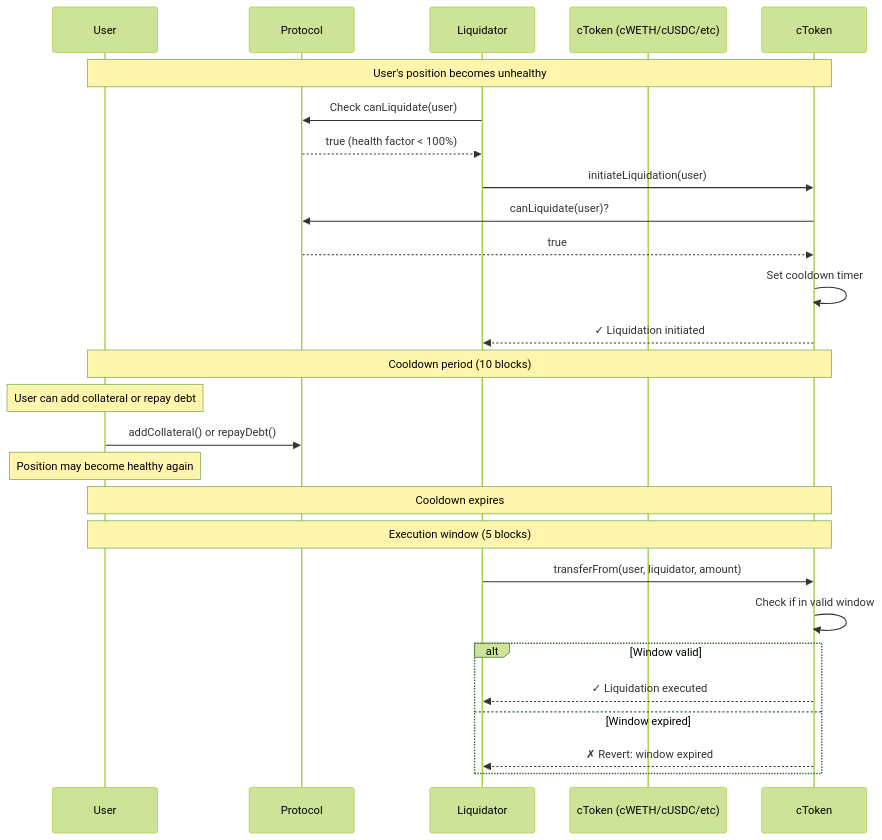
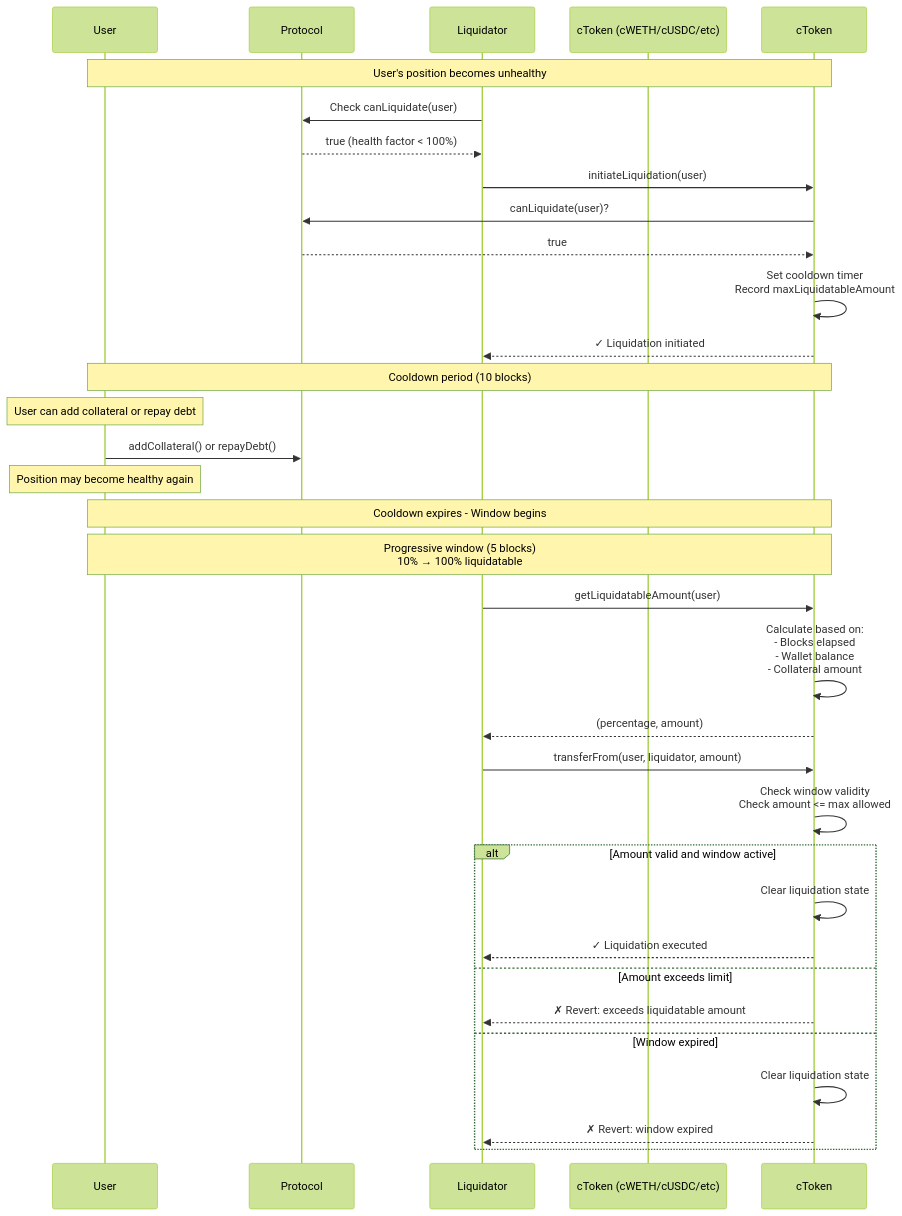
One commit to jordan-public/circuit-breaker-token changed the first of 3 diagrams in README.md. Above: the diagram before and after it, drawn with Mermaid (forest theme). The commit also changed other lines of this file and 2 other files, not shown here.

````diff
--- a/README.md
+++ b/README.md
@@ -131,35 +272,43 @@
 ```mermaid
 sequenceDiagram
     participant User
     participant Protocol
     participant Liquidator
     participant CircuitBreakerToken as cToken (cWETH/cUSDC/etc)
 
     Note over User,cToken: User's position becomes unhealthy
     
     Liquidator->>Protocol: Check canLiquidate(user)
     Protocol-->>Liquidator: true (health factor < 100%)
     
     Liquidator->>cToken: initiateLiquidation(user)
     cToken->>Protocol: canLiquidate(user)?
     Protocol-->>cToken: true
-    cToken->>cToken: Set cooldown timer
+    cToken->>cToken: Set cooldown timer<br/>Record maxLiquidatableAmount
     cToken-->>Liquidator: ✓ Liquidation initiated
     
     Note over User,cToken: Cooldown period (10 blocks)
     Note over User: User can add collateral or repay debt
     
     User->>Protocol: addCollateral() or repayDebt()
     Note over User: Position may become healthy again
     
-    Note over User,cToken: Cooldown expires
-    Note over User,cToken: Execution window (5 blocks)
+    Note over User,cToken: Cooldown expires - Window begins
+    Note over User,cToken: Progressive window (5 blocks)<br/>10% → 100% liquidatable
+    
+    Liquidator->>cToken: getLiquidatableAmount(user)
+    cToken->>cToken: Calculate based on:<br/>- Blocks elapsed<br/>- Wallet balance<br/>- Collateral amount
+    cToken-->>Liquidator: (percentage, amount)
     
     Liquidator->>cToken: transferFrom(user, liquidator, amount)
-    cToken->>cToken: Check if in valid window
-    alt Window valid
+    cToken->>cToken: Check window validity<br/>Check amount <= max allowed
+    alt Amount valid and window active
+        cToken->>cToken: Clear liquidation state
         cToken-->>Liquidator: ✓ Liquidation executed
+    else Amount exceeds limit
+        cToken-->>Liquidator: ✗ Revert: exceeds liquidatable amount
     else Window expired
+        cToken->>cToken: Clear liquidation state
         cToken-->>Liquidator: ✗ Revert: window expired
     end
 ```
````
